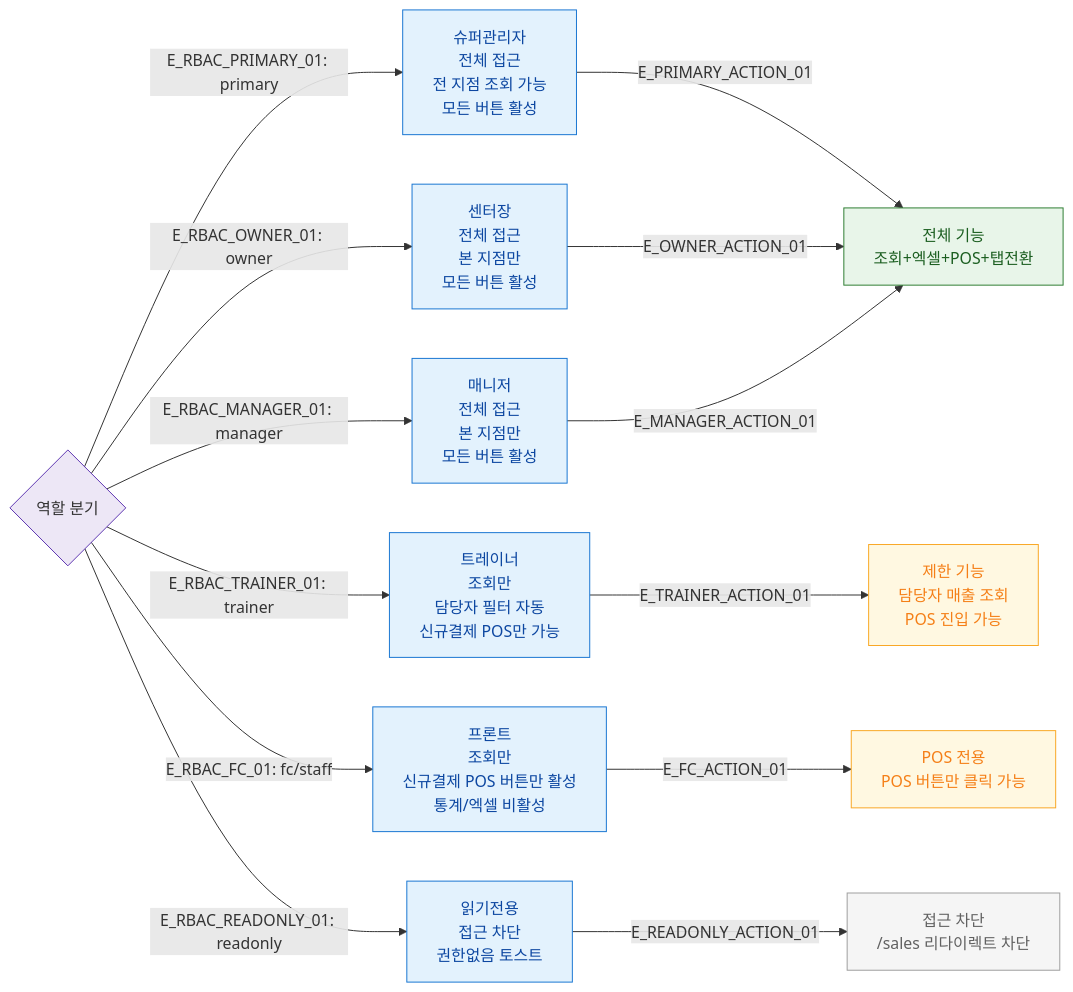
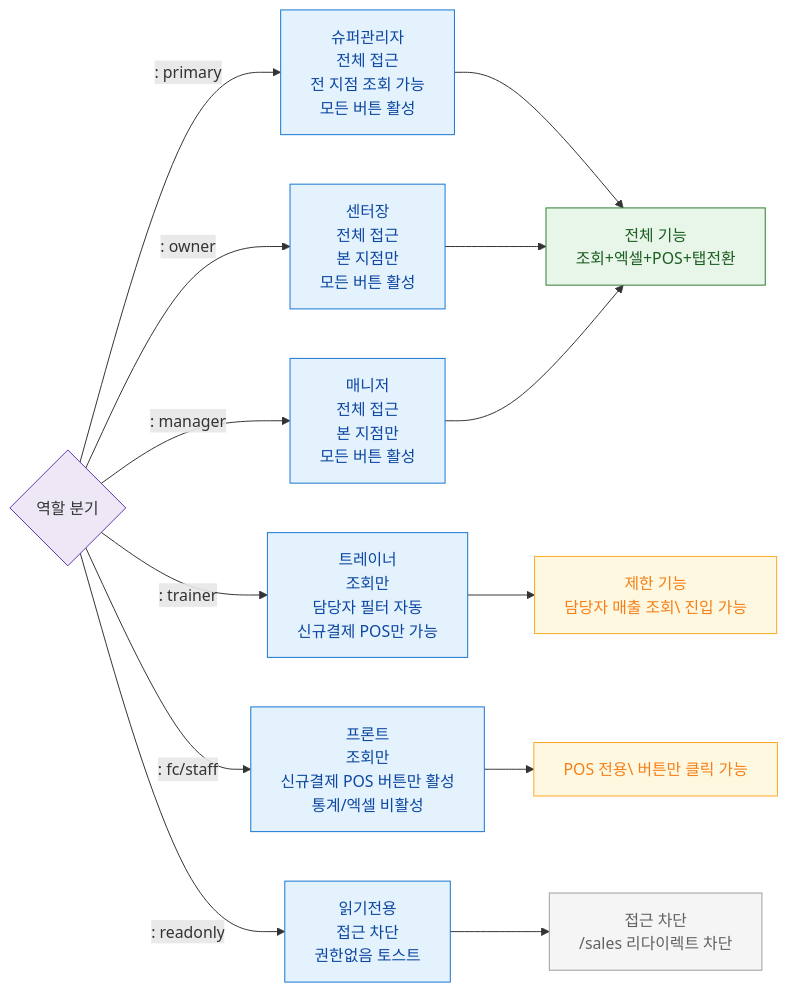
One commit to dev-spogym/admin-pando changed the diagram in docs/다이어그램/D03_매출관리/SCR-S001_매출현황/F7_권한.md. Above: the diagram before and after it, drawn with Mermaid. The commit also changed other lines of this file and 1660 other files, not shown here.

First line of the commit message:
다이어그램: 기획자/클라이언트 납품본으로 정리

````diff
--- a/docs/다이어그램/D03_매출관리/SCR-S001_매출현황/F7_권한.md
+++ b/docs/다이어그램/D03_매출관리/SCR-S001_매출현황/F7_권한.md
@@ -20,30 +18,30 @@
 ```mermaid
 flowchart LR
     AUTH{역할 분기}
 
-    AUTH -->|"E_RBAC_PRIMARY_01: primary"| PRIMARY[슈퍼관리자\n전체 접근\n전 지점 조회 가능\n모든 버튼 활성]
-    AUTH -->|"E_RBAC_OWNER_01: owner"| OWNER[센터장\n전체 접근\n본 지점만\n모든 버튼 활성]
-    AUTH -->|"E_RBAC_MANAGER_01: manager"| MANAGER[매니저\n전체 접근\n본 지점만\n모든 버튼 활성]
-    AUTH -->|"E_RBAC_TRAINER_01: trainer"| TRAINER[트레이너\n조회만\n담당자 필터 자동\n신규결제 POS만 가능]
-    AUTH -->|"E_RBAC_FC_01: fc/staff"| FC[프론트\n조회만\n신규결제 POS 버튼만 활성\n통계/엑셀 비활성]
-    AUTH -->|"E_RBAC_READONLY_01: readonly"| READONLY[읽기전용\n접근 차단\n권한없음 토스트]
+    AUTH -->|": primary"|PRIMARY[슈퍼관리자\n전체 접근\n전 지점 조회 가능\n모든 버튼 활성]
+    AUTH -->|": owner"|OWNER[센터장\n전체 접근\n본 지점만\n모든 버튼 활성]
+    AUTH -->|": manager"|MANAGER[매니저\n전체 접근\n본 지점만\n모든 버튼 활성]
+    AUTH -->|": trainer"|TRAINER[트레이너\n조회만\n담당자 필터 자동\n신규결제 POS만 가능]
+    AUTH -->|": fc/staff"|FC[프론트\n조회만\n신규결제 POS 버튼만 활성\n통계/엑셀 비활성]
+    AUTH -->|": readonly"|READONLY[읽기전용\n접근 차단\n권한없음 토스트]
 
-    PRIMARY -->|E_PRIMARY_ACTION_01| ACTION_FULL[전체 기능\n조회+엑셀+POS+탭전환]
-    OWNER -->|E_OWNER_ACTION_01| ACTION_FULL
-    MANAGER -->|E_MANAGER_ACTION_01| ACTION_FULL
-    TRAINER -->|E_TRAINER_ACTION_01| ACTION_LIMITED[제한 기능\n담당자 매출 조회\nPOS 진입 가능]
-    FC -->|E_FC_ACTION_01| ACTION_POS_ONLY[POS 전용\nPOS 버튼만 클릭 가능]
-    READONLY -->|E_READONLY_ACTION_01| ACTION_BLOCKED[접근 차단\n/sales 리다이렉트 차단]
+    PRIMARY --> ACTION_FULL[전체 기능\n조회+엑셀+POS+탭전환]
+    OWNER --> ACTION_FULL
+    MANAGER --> ACTION_FULL
+    TRAINER --> ACTION_LIMITED[제한 기능\n담당자 매출 조회\ 진입 가능]
+    FC --> ACTION_POS_ONLY[POS 전용\ 버튼만 클릭 가능]
+    READONLY --> ACTION_BLOCKED[접근 차단\n/sales 리다이렉트 차단]
 
     classDef screen fill:#E3F2FD,stroke:#1976D2,color:#0D47A1
     classDef system fill:#EDE7F6,stroke:#5E35B2
     classDef warning fill:#FFF8E1,stroke:#F9A825,color:#F57F17
     classDef rbacBlocked fill:#F5F5F5,stroke:#9E9E9E,color:#616161
     classDef success fill:#E8F5E9,stroke:#2E7D32,color:#1B5E20
 
     class ACTION_FULL success
     class ACTION_LIMITED,ACTION_POS_ONLY warning
     class ACTION_BLOCKED rbacBlocked
     class AUTH system
     class PRIMARY,OWNER,MANAGER,TRAINER,FC,READONLY screen
 ```
````
